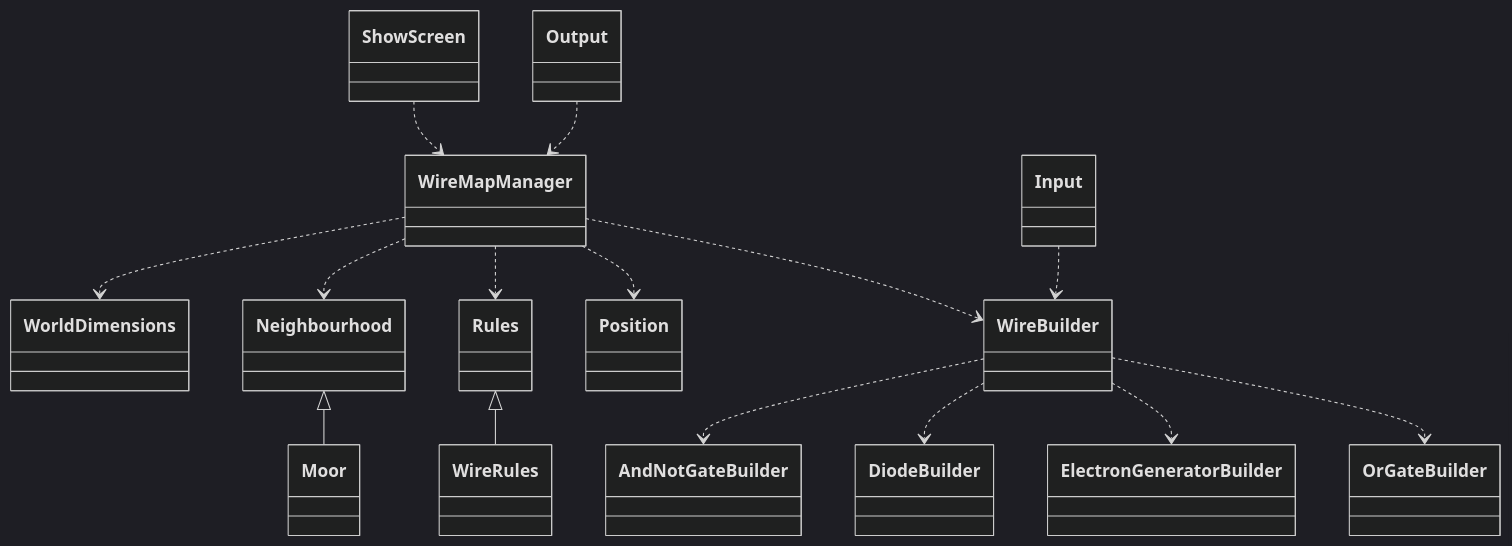
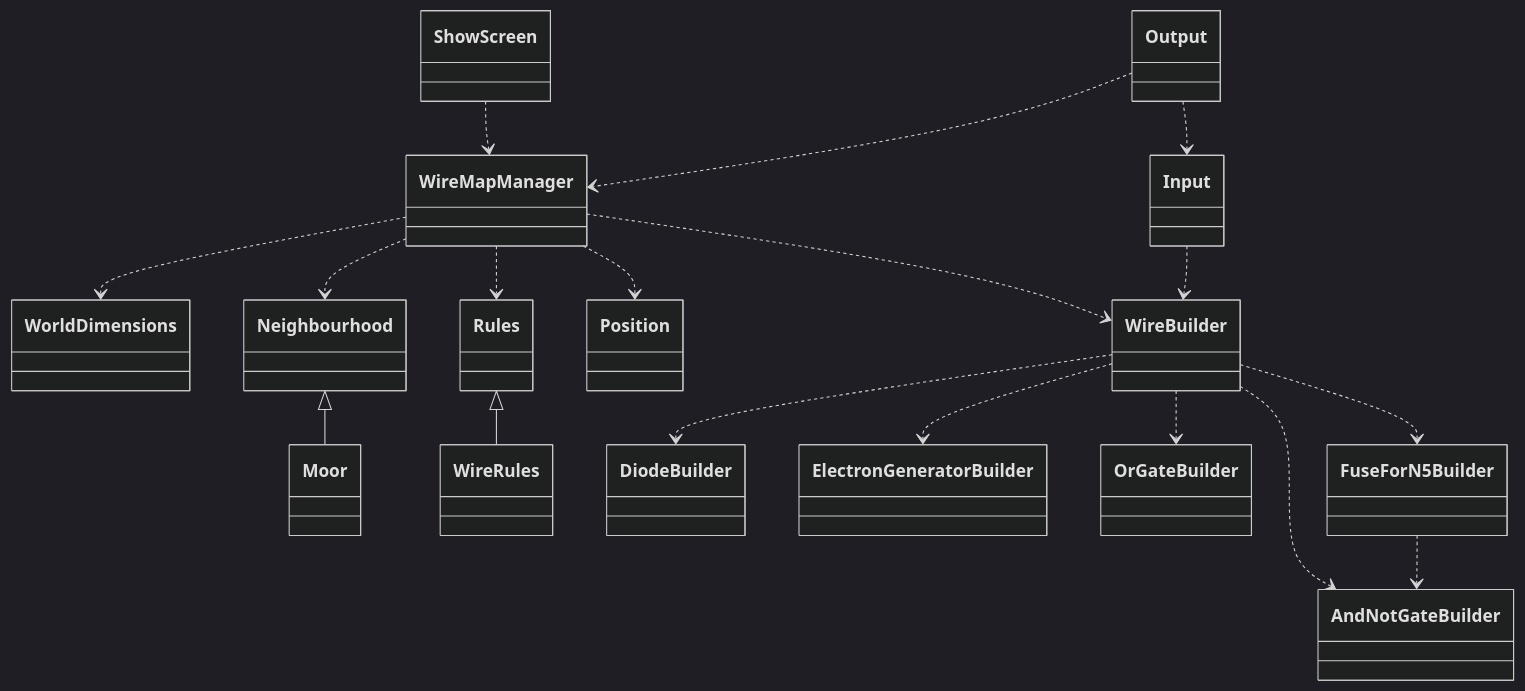
The diagram in Diagram.md (AndroBrain/WireWorld), drawn with Mermaid (dark theme) before and after one commit. The commit also changed 8 other files, not shown here.

````diff
--- a/Diagram.md
+++ b/Diagram.md
@@ -5,17 +5,20 @@
 ```mermaid
 classDiagram
 ShowScreen ..> WireMapManager
 WireMapManager ..> WorldDimensions
 WireMapManager ..> Neighbourhood
 WireMapManager ..> Rules
 WireMapManager ..> Position
 WireMapManager ..> WireBuilder
+Output ..> Input
 Output ..> WireMapManager
 Neighbourhood <|-- Moor
 Rules <|-- WireRules
 WireBuilder ..> AndNotGateBuilder
 WireBuilder ..> DiodeBuilder
 WireBuilder ..> ElectronGeneratorBuilder
 WireBuilder ..> OrGateBuilder
+WireBuilder ..> FuseForN5Builder
+FuseForN5Builder ..> AndNotGateBuilder
 Input ..> WireBuilder
 ```
````
